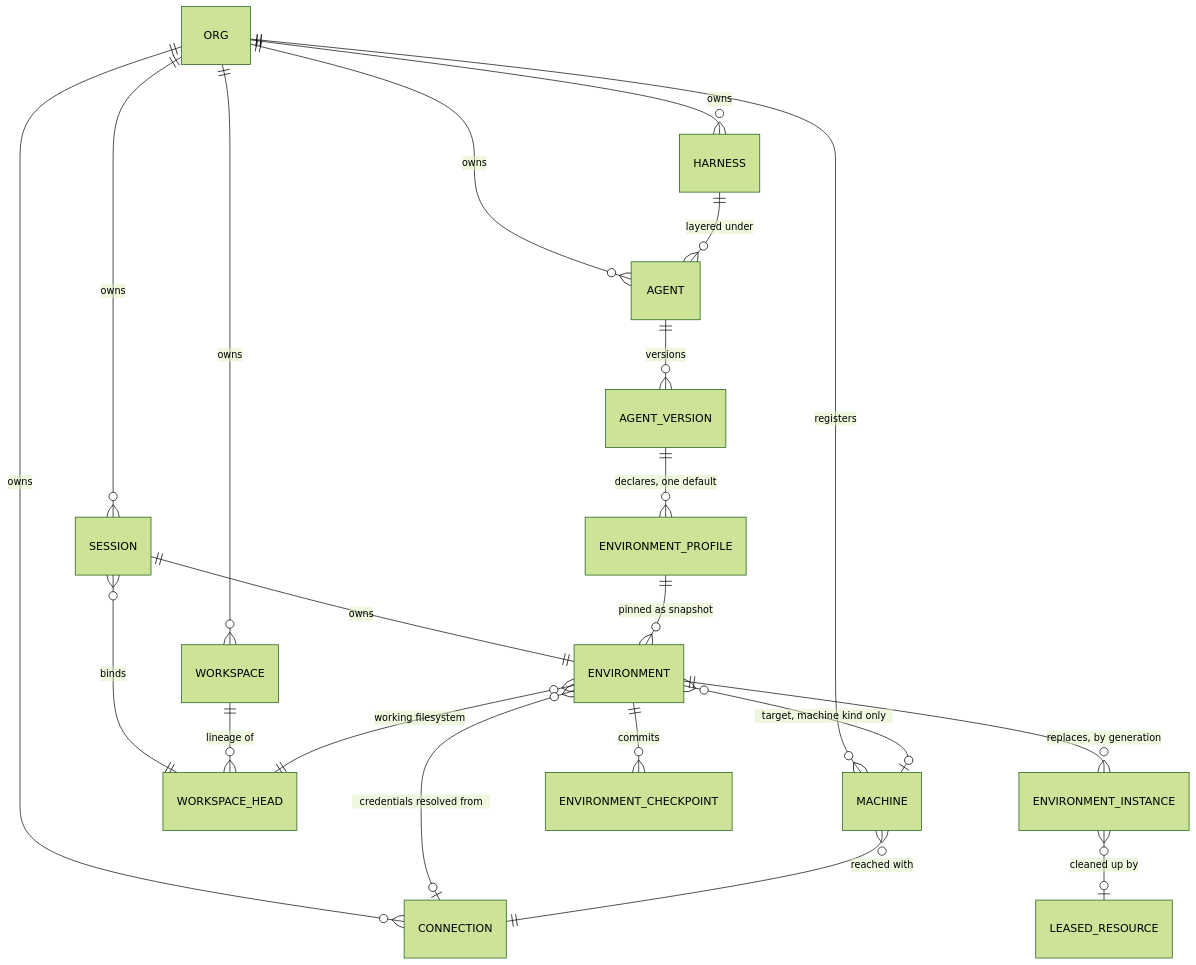
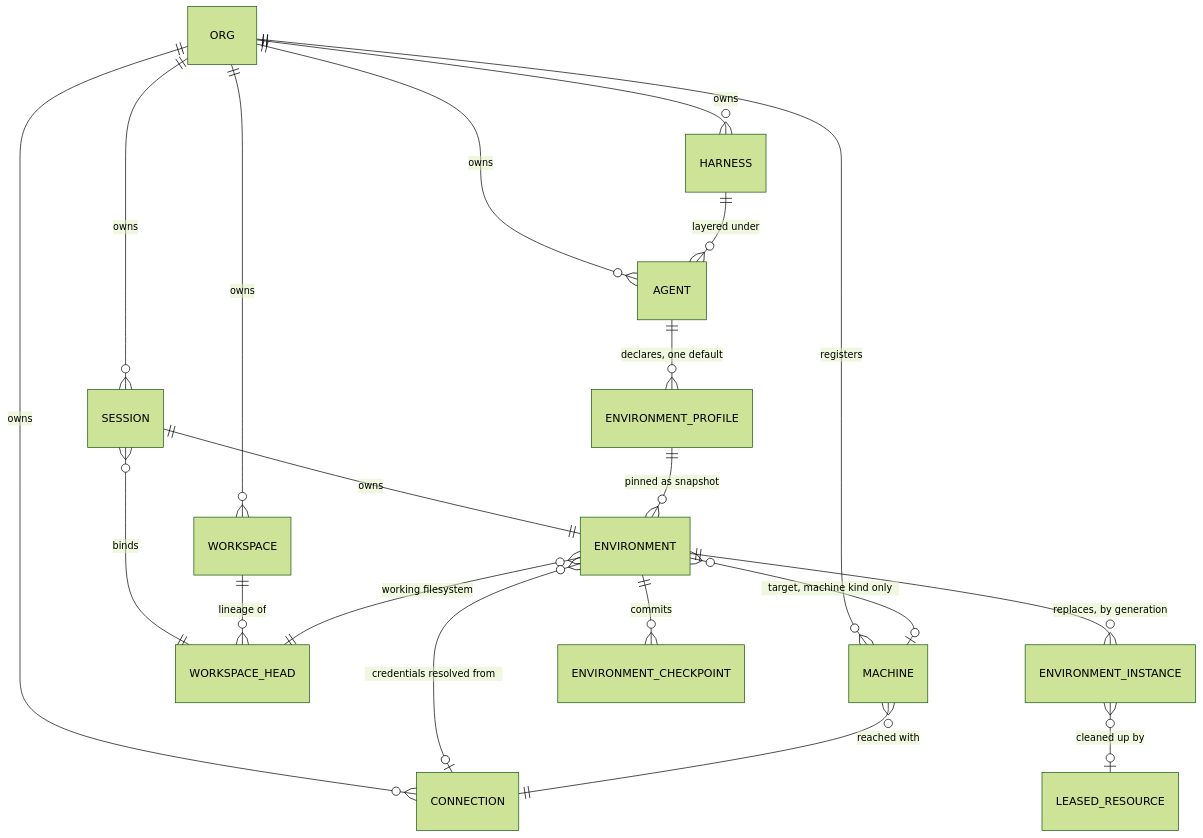
Before and after one commit to everruns/everruns: the diagram in knowledge/harnesses/sandbox-templates.md, drawn with Mermaid (forest theme). The commit also changed other lines of this file and 234 other files, not shown here.

First line of the commit message:
feat(agents)!: retire agent versions in favor of change history

````diff
--- a/knowledge/harnesses/sandbox-templates.md
+++ b/knowledge/harnesses/sandbox-templates.md
@@ -244,26 +244,25 @@
 ```mermaid
 erDiagram
     ORG ||--o{ HARNESS : owns
     ORG ||--o{ AGENT : owns
     ORG ||--o{ SESSION : owns
     ORG ||--o{ WORKSPACE : owns
     ORG ||--o{ CONNECTION : owns
     ORG ||--o{ MACHINE : registers
 
     HARNESS ||--o{ AGENT : "layered under"
-    AGENT ||--o{ AGENT_VERSION : versions
-    AGENT_VERSION ||--o{ ENVIRONMENT_PROFILE : "declares, one default"
+    AGENT ||--o{ ENVIRONMENT_PROFILE : "declares, one default"
 
     SESSION ||--|| ENVIRONMENT : owns
     SESSION }o--|| WORKSPACE_HEAD : binds
     WORKSPACE ||--o{ WORKSPACE_HEAD : "lineage of"
 
     ENVIRONMENT_PROFILE ||--o{ ENVIRONMENT : "pinned as snapshot"
     ENVIRONMENT }o--|| WORKSPACE_HEAD : "working filesystem"
     ENVIRONMENT ||--o{ ENVIRONMENT_INSTANCE : "replaces, by generation"
     ENVIRONMENT ||--o{ ENVIRONMENT_CHECKPOINT : commits
     ENVIRONMENT }o--o| CONNECTION : "credentials resolved from"
     ENVIRONMENT }o--o| MACHINE : "target, machine kind only"
     MACHINE }o--|| CONNECTION : "reached with"
     ENVIRONMENT_INSTANCE }o--o| LEASED_RESOURCE : "cleaned up by"
 ```
````
